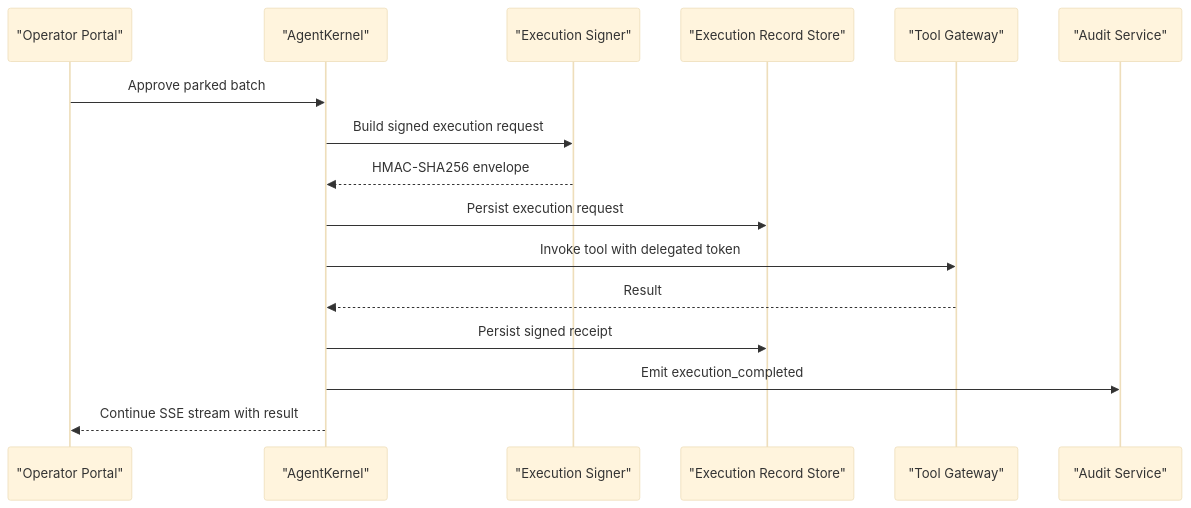
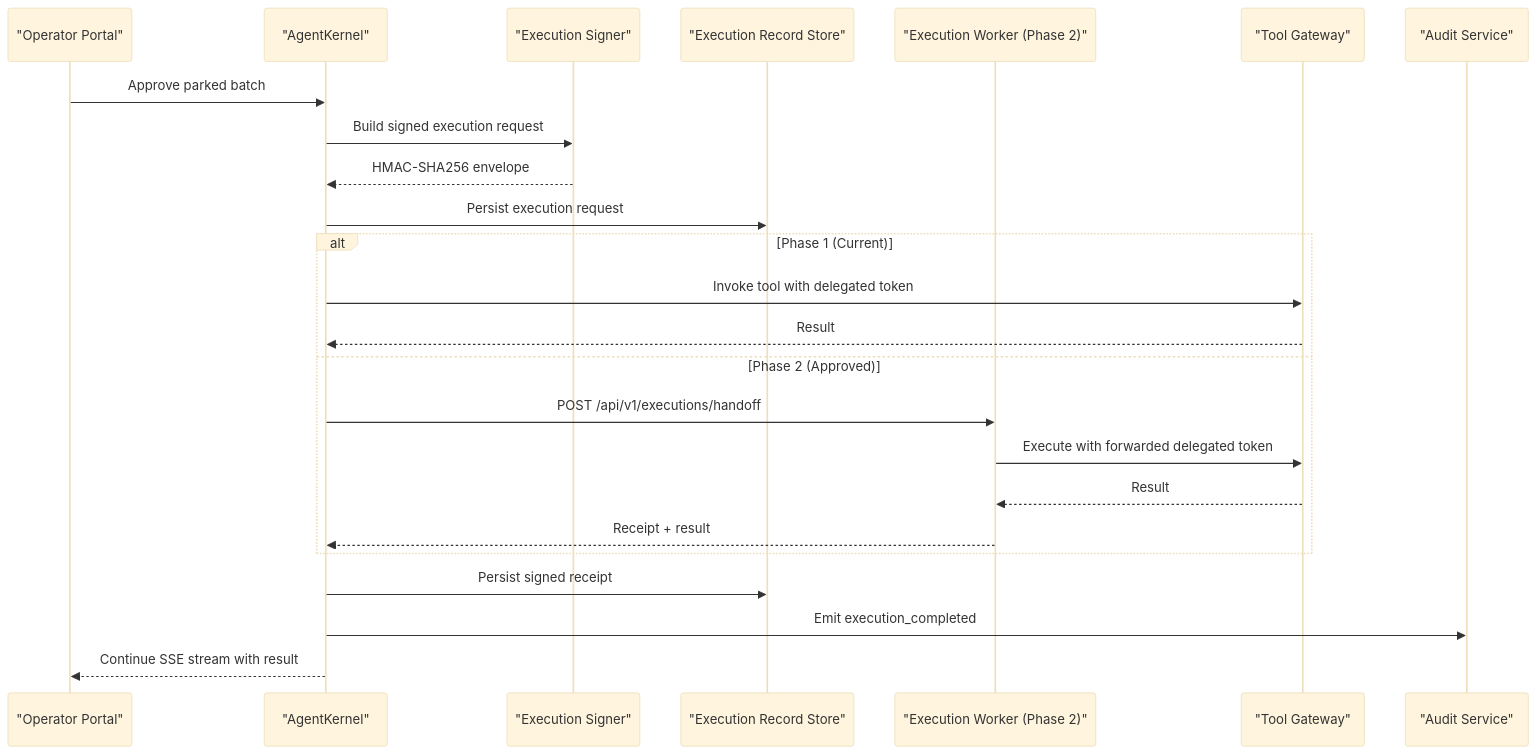
The second of 9 diagrams in .qoder/repowiki/en/content/Architecture Documentation/Execution Runtime Spike.md (metasync/luban-aiops), drawn with Mermaid (base theme) before and after one commit. The commit also changed other lines of this file and 5 other files, not shown here.

````diff
--- a/.qoder/repowiki/en/content/Architecture Documentation/Execution Runtime Spike.md
+++ b/.qoder/repowiki/en/content/Architecture Documentation/Execution Runtime Spike.md
@@ -110,18 +125,26 @@
 ```mermaid
 sequenceDiagram
 participant Portal as "Operator Portal"
 participant Agent as "AgentKernel"
 participant Signer as "Execution Signer"
 participant Store as "Execution Record Store"
+participant Worker as "Execution Worker (Phase 2)"
 participant GW as "Tool Gateway"
 participant Audit as "Audit Service"
 Portal->>Agent : Approve parked batch
 Agent->>Signer : Build signed execution request
 Signer-->>Agent : HMAC-SHA256 envelope
 Agent->>Store : Persist execution request
+alt Phase 1 (Current)
 Agent->>GW : Invoke tool with delegated token
 GW-->>Agent : Result
+else Phase 2 (Approved)
+Agent->>Worker : POST /api/v1/executions/handoff
+Worker->>GW : Execute with forwarded delegated token
+GW-->>Worker : Result
+Worker-->>Agent : Receipt + result
+end
 Agent->>Store : Persist signed receipt
 Agent->>Audit : Emit execution_completed
 Agent-->>Portal : Continue SSE stream with result
 ```
````
